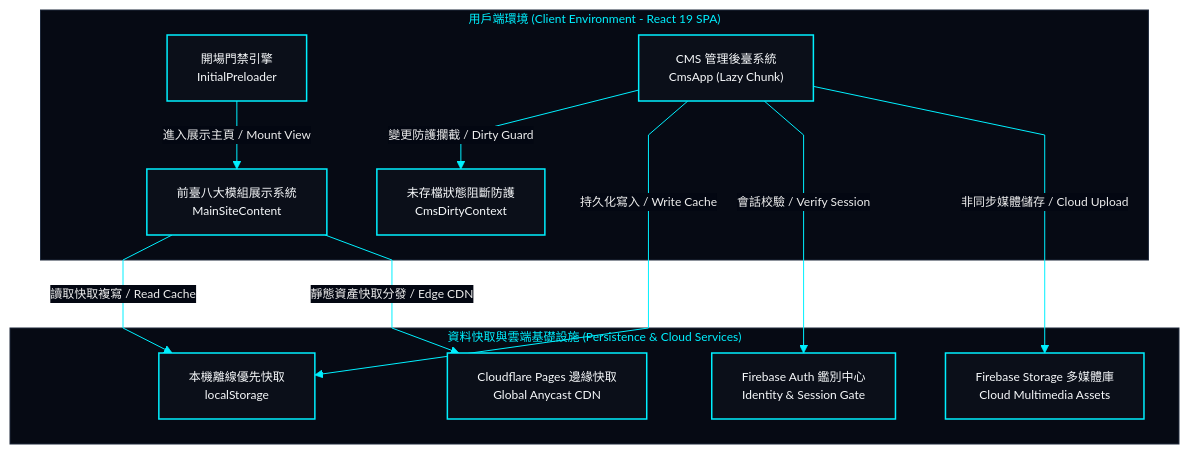
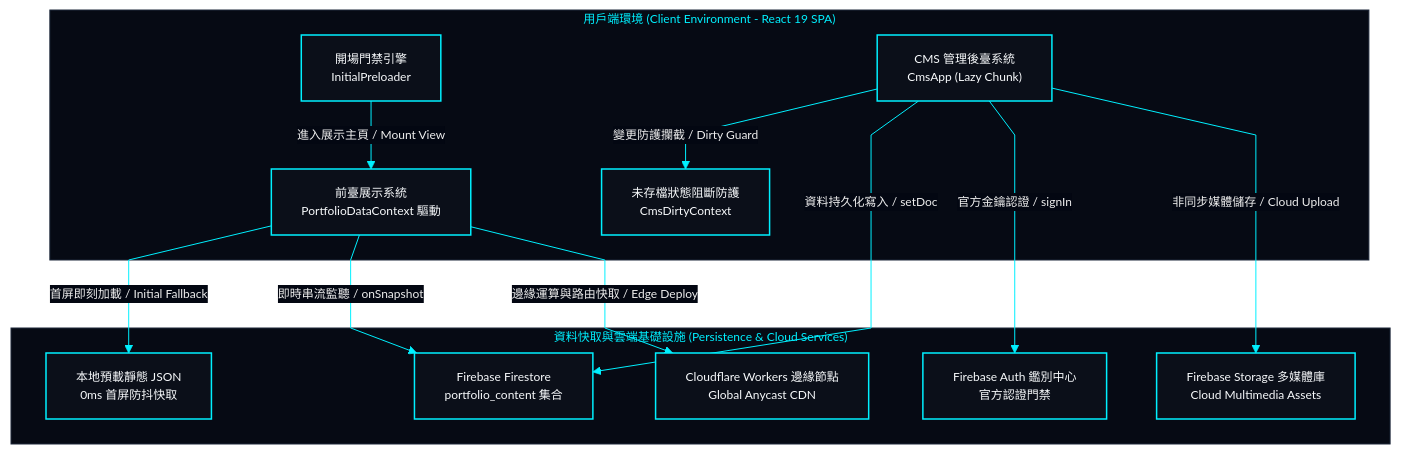
Before and after one commit to EricXJason/my-portfolio-website: the second of 2 diagrams in docs/system-design/01-overview.md, drawn with Mermaid. The commit also changed other lines of this file and 62 other files, not shown here.

Commit message:
feat: complete CMS Firebase Firestore SWR sync, Auth hardening, and standardized docs topology

````diff
--- a/docs/system-design/01-overview.md
+++ b/docs/system-design/01-overview.md
@@ -93,48 +109,50 @@
 ```mermaid
 %%{init: {
   'theme': 'base',
   'themeVariables': {
     'darkMode': true,
     'background': '#030712',
     'mainBkg': '#0b0f19',
     'nodeBorder': '#00f0ff',
     'textColor': '#f8fafc',
     'lineColor': '#00f0ff',
     'clusterBkg': '#060a14',
     'clusterBorder': '#1e293b',
     'titleColor': '#00f0ff',
     'edgeLabelBackground': '#030712',
     'fontSize': '12px'
   },
   'flowchart': {
     'curve': 'linear'
   }
 }}%%
 flowchart TD
     classDef hudCard fill:#0b0f19,stroke:#00f0ff,stroke-width:1.5px,color:#f8fafc;
 
     subgraph TierBrowser ["用戶端環境 (Client Environment - React 19 SPA)"]
         Preloader["開場門禁引擎<br>InitialPreloader"]:::hudCard
-        MainApp["前臺八大模組展示系統<br>MainSiteContent"]:::hudCard
+        MainApp["前臺展示系統<br>PortfolioDataContext 驅動"]:::hudCard
         CMSApp["CMS 管理後臺系統<br>CmsApp (Lazy Chunk)"]:::hudCard
         StateGuard["未存檔狀態阻斷防護<br>CmsDirtyContext"]:::hudCard
     end
 
     subgraph TierServices ["資料快取與雲端基礎設施 (Persistence & Cloud Services)"]
-        LocalStorage["本機離線優先快取<br>localStorage"]:::hudCard
-        FBAuth["Firebase Auth 鑑別中心<br>Identity & Session Gate"]:::hudCard
+        LocalJSON["本地預載靜態 JSON<br>0ms 首屏防抖快取"]:::hudCard
+        FBFrestore["Firebase Firestore<br>portfolio_content 集合"]:::hudCard
+        FBAuth["Firebase Auth 鑑別中心<br>官方認證門禁"]:::hudCard
         FBStorage["Firebase Storage 多媒體庫<br>Cloud Multimedia Assets"]:::hudCard
-        CFPages["Cloudflare Pages 邊緣快取<br>Global Anycast CDN"]:::hudCard
+        CFWorkers["Cloudflare Workers 邊緣節點<br>Global Anycast CDN"]:::hudCard
     end
 
     Preloader -->|"進入展示主頁 / Mount View"| MainApp
-    MainApp -->|"讀取快取複寫 / Read Cache"| LocalStorage
+    MainApp -->|"首屏即刻加載 / Initial Fallback"| LocalJSON
+    MainApp -->|"即時串流監聽 / onSnapshot"| FBFrestore
     CMSApp -->|"變更防護攔截 / Dirty Guard"| StateGuard
-    CMSApp -->|"持久化寫入 / Write Cache"| LocalStorage
-    CMSApp -->|"會話校驗 / Verify Session"| FBAuth
+    CMSApp -->|"資料持久化寫入 / setDoc"| FBFrestore
+    CMSApp -->|"官方金鑰認證 / signIn"| FBAuth
     CMSApp -->|"非同步媒體儲存 / Cloud Upload"| FBStorage
-    MainApp -->|"靜態資產快取分發 / Edge CDN"| CFPages
+    MainApp -->|"邊緣運算與路由快取 / Edge Deploy"| CFWorkers
 
     style TierBrowser fill:#060a14,stroke:#1e293b,stroke-width:1px,color:#00f0ff
     style TierServices fill:#060a14,stroke:#1e293b,stroke-width:1px,color:#00f0ff
 ```
````
